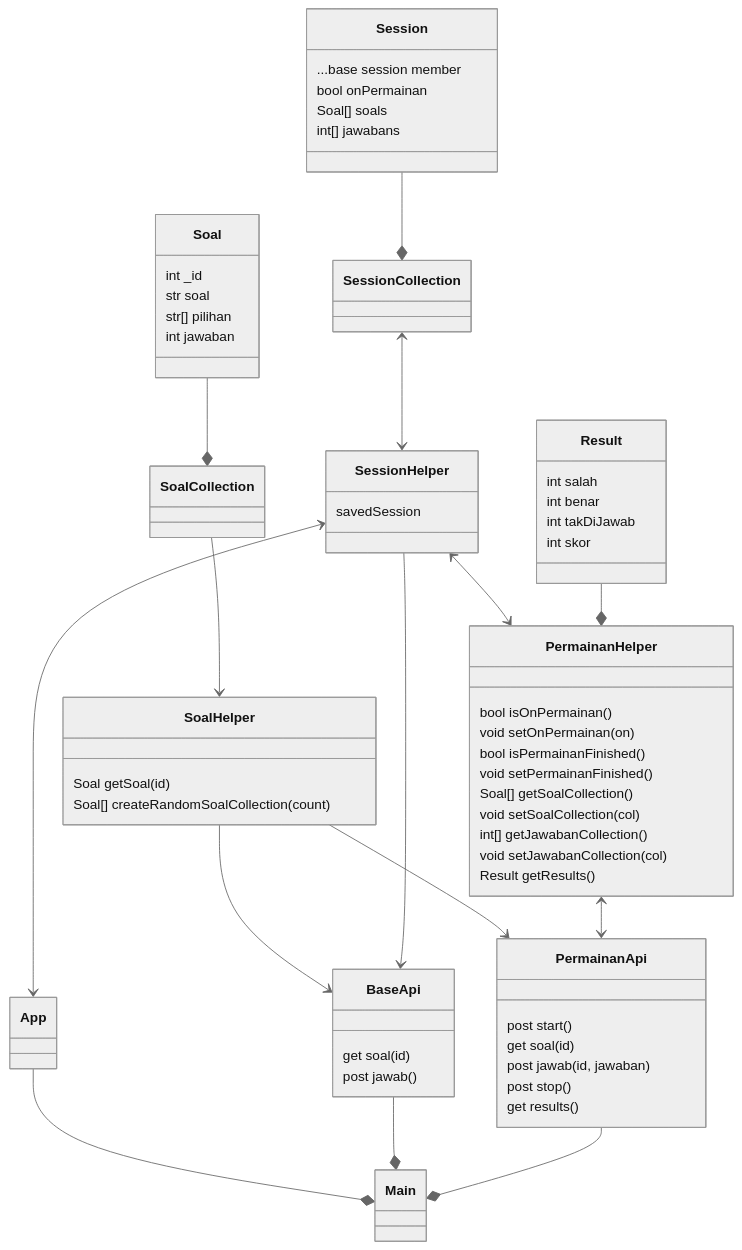
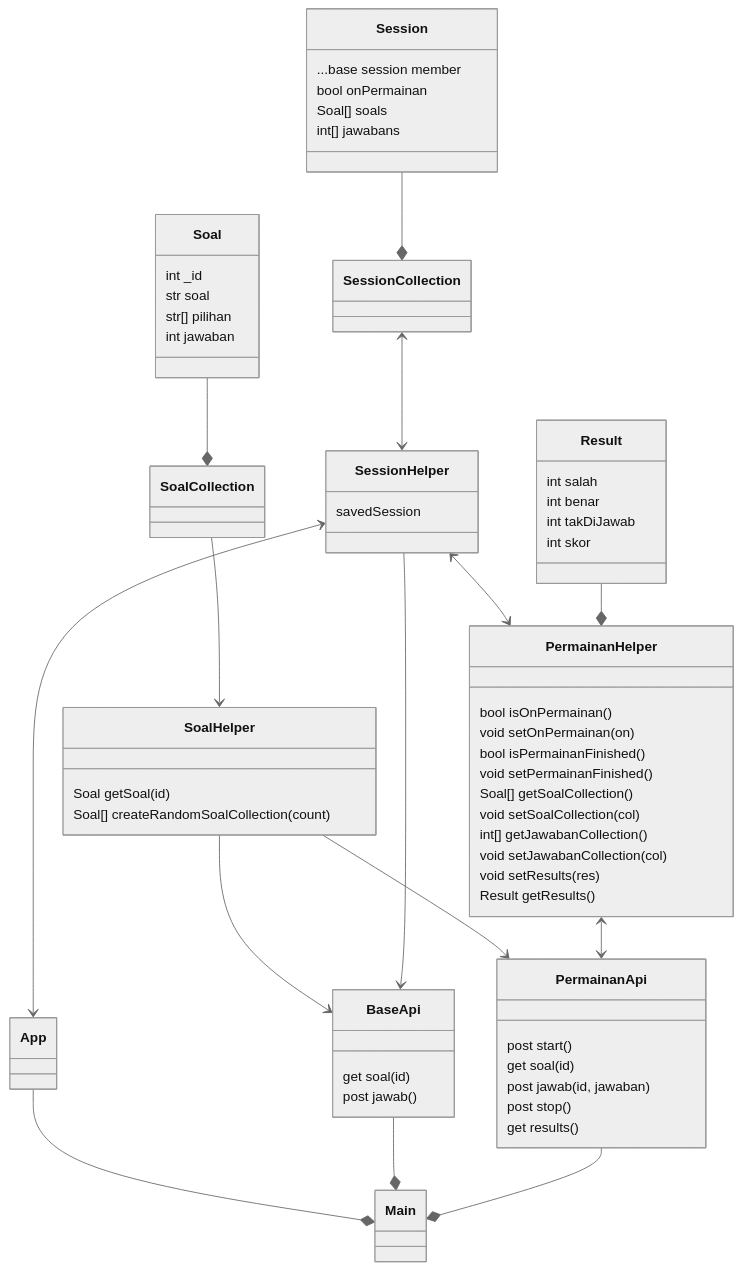
The diagram in architecture.md (levirs565/quizx), drawn with Mermaid (neutral theme) before and after one commit.

Commit message:
menambahkan setResults ke arsitektur

````diff
--- a/architecture.md
+++ b/architecture.md
@@ -1,48 +1,49 @@
 ```mermaid
 classDiagram
 Soal --* Soal Collection
 Soal : int _id
 Soal : str soal
 Soal : str[] pilihan
 Soal : int jawaban
 Session --* Session Collection
 Session : ...base session member
 Session : bool onPermainan
 Session : Soal[] soals
 Session : int[] jawabans
 Session Collection <--> Session Helper
 Soal Collection --> Soal Helper
 Soal Helper --> Permainan Api
 Soal Helper : Soal getSoal(id)
 Soal Helper : Soal[] createRandomSoalCollection(count)
 Session Helper <--> Permainan Helper
 Session Helper : savedSession 
 Session Helper <--> App
 Result --* Permainan Helper
 Result : int salah
 Result : int benar
 Result : int takDiJawab
 Result : int skor
 Permainan Helper <--> Permainan Api
 Permainan Helper : bool isOnPermainan()
 Permainan Helper : void setOnPermainan(on)
 Permainan Helper : bool isPermainanFinished()
 Permainan Helper : void setPermainanFinished()
 Permainan Helper : Soal[] getSoalCollection()
 Permainan Helper : void setSoalCollection(col)
 Permainan Helper : int[] getJawabanCollection()
 Permainan Helper : void setJawabanCollection(col)
+Permainan Helper : void setResults(res)
 Permainan Helper : Result getResults()
 Permainan Api : post start()
 Permainan Api : get soal(id)
 Permainan Api : post jawab(id, jawaban)
 Permainan Api : post stop()
 Permainan Api : get results()
 Soal Helper --> Base Api
 Session Helper --> Base Api
 Base Api : get soal(id)
 Base Api : post jawab()
 App --* Main
 Base Api --* Main
 Permainan Api --* Main
 ```
````
